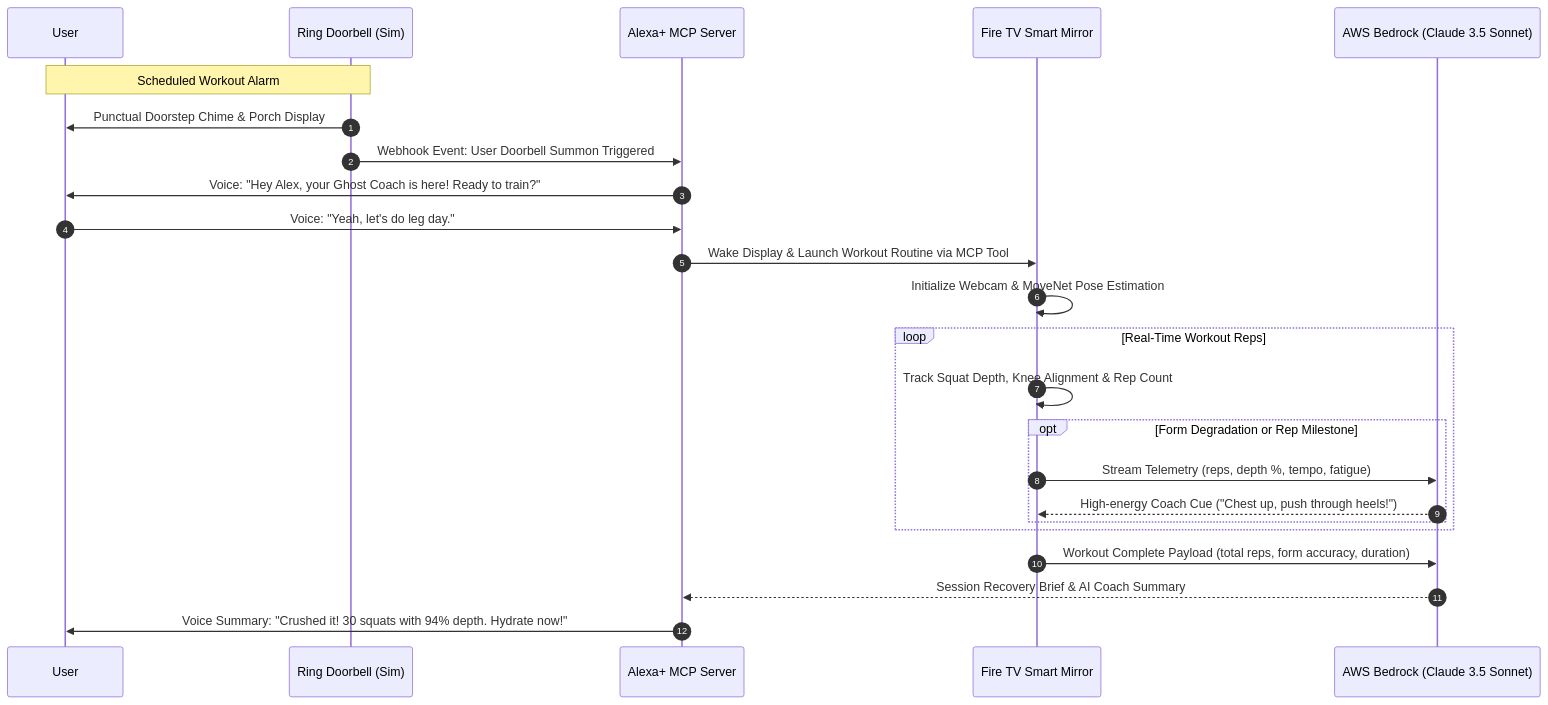
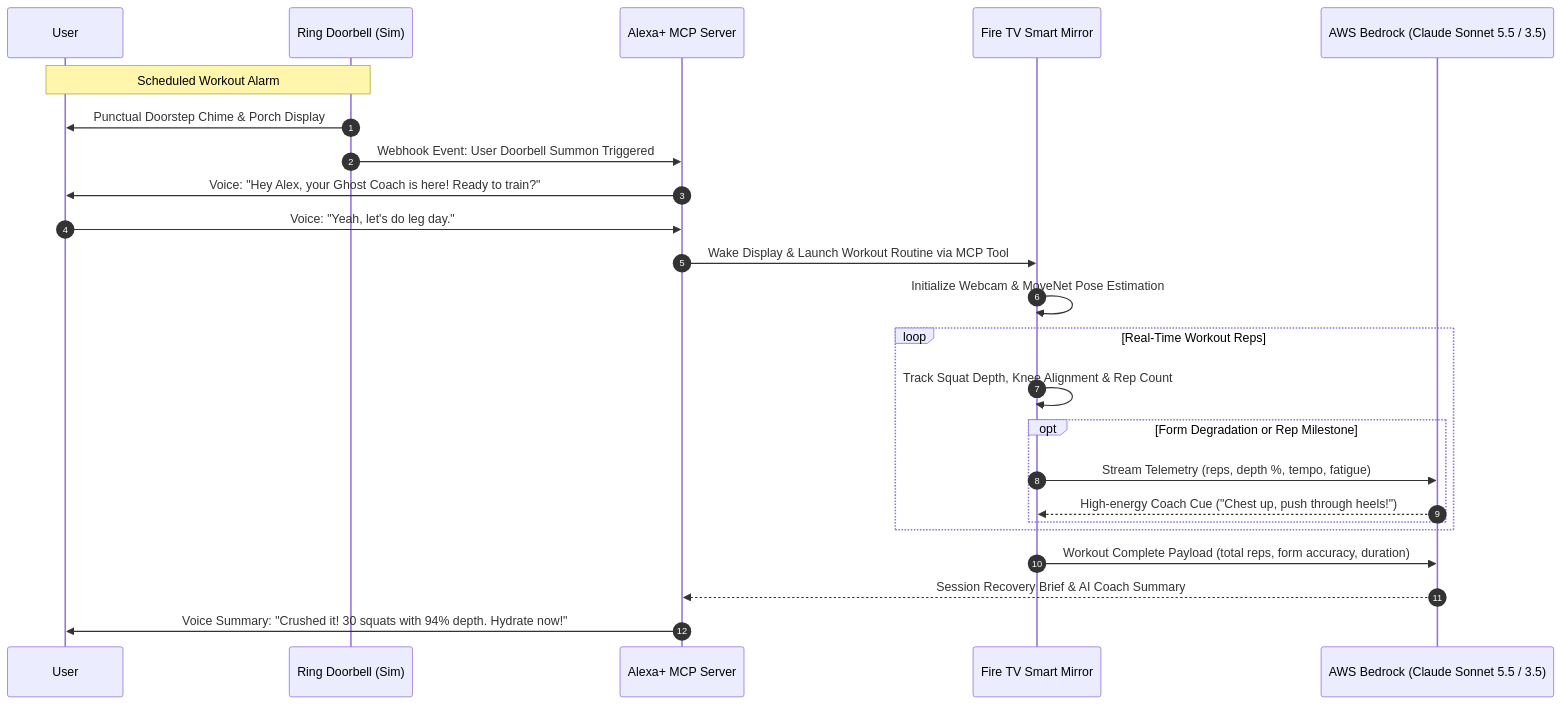
The diagram in docs/ARCHITECTURE.md (hendri-tobing/GhostTrainer), drawn with Mermaid before and after one commit. The commit also changed other lines of this file and 8 other files, not shown here.

````diff
--- a/docs/ARCHITECTURE.md
+++ b/docs/ARCHITECTURE.md
@@ -5,27 +5,27 @@
 ```mermaid
 sequenceDiagram
     autonumber
     participant U as User
     participant Ring as Ring Doorbell (Sim)
     participant Alexa as Alexa+ MCP Server
     participant FTV as Fire TV Smart Mirror
-    participant Bedrock as AWS Bedrock (Claude 3.5 Sonnet)
+    participant Bedrock as AWS Bedrock (Claude Sonnet 5.5 / 3.5)
 
     Note over Ring,U: Scheduled Workout Alarm
     Ring->>U: Punctual Doorstep Chime & Porch Display
     Ring->>Alexa: Webhook Event: User Doorbell Summon Triggered
     Alexa->>U: Voice: "Hey Alex, your Ghost Coach is here! Ready to train?"
     U->>Alexa: Voice: "Yeah, let's do leg day."
     Alexa->>FTV: Wake Display & Launch Workout Routine via MCP Tool
     FTV->>FTV: Initialize Webcam & MoveNet Pose Estimation
     loop Real-Time Workout Reps
         FTV->>FTV: Track Squat Depth, Knee Alignment & Rep Count
         opt Form Degradation or Rep Milestone
             FTV->>Bedrock: Stream Telemetry (reps, depth %, tempo, fatigue)
             Bedrock-->>FTV: High-energy Coach Cue ("Chest up, push through heels!")
         end
     end
     FTV->>Bedrock: Workout Complete Payload (total reps, form accuracy, duration)
     Bedrock-->>Alexa: Session Recovery Brief & AI Coach Summary
     Alexa->>U: Voice Summary: "Crushed it! 30 squats with 94% depth. Hydrate now!"
 ```
````
